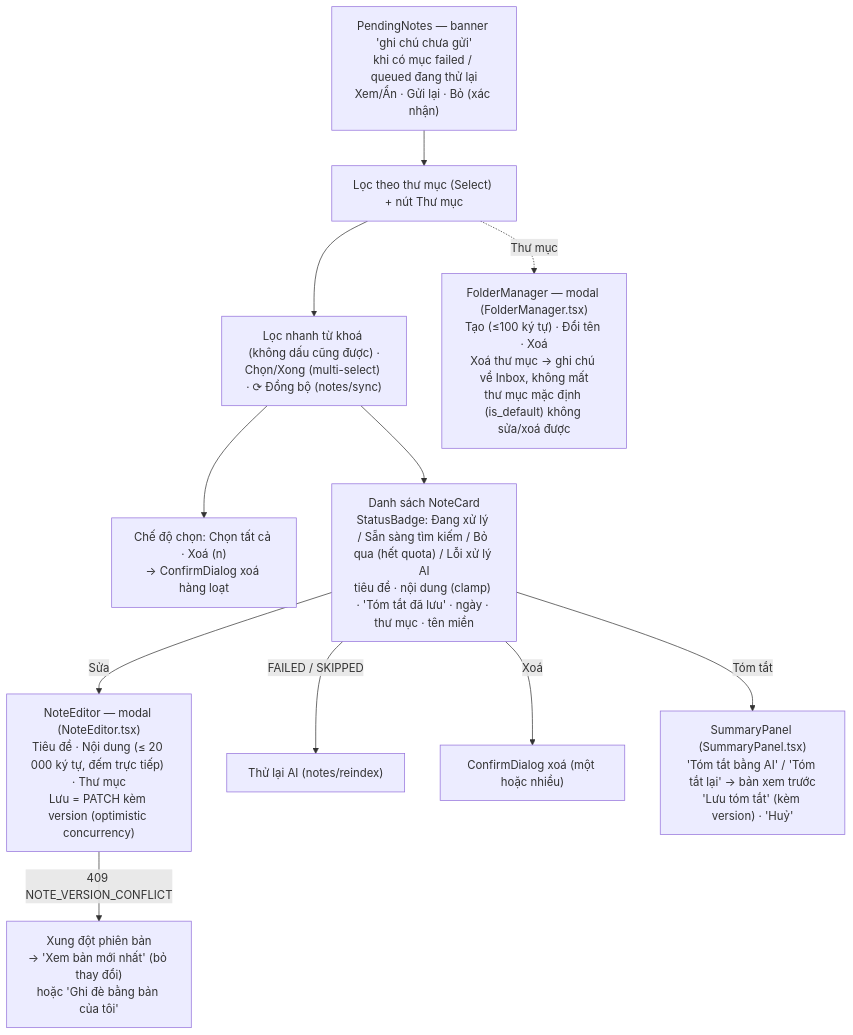
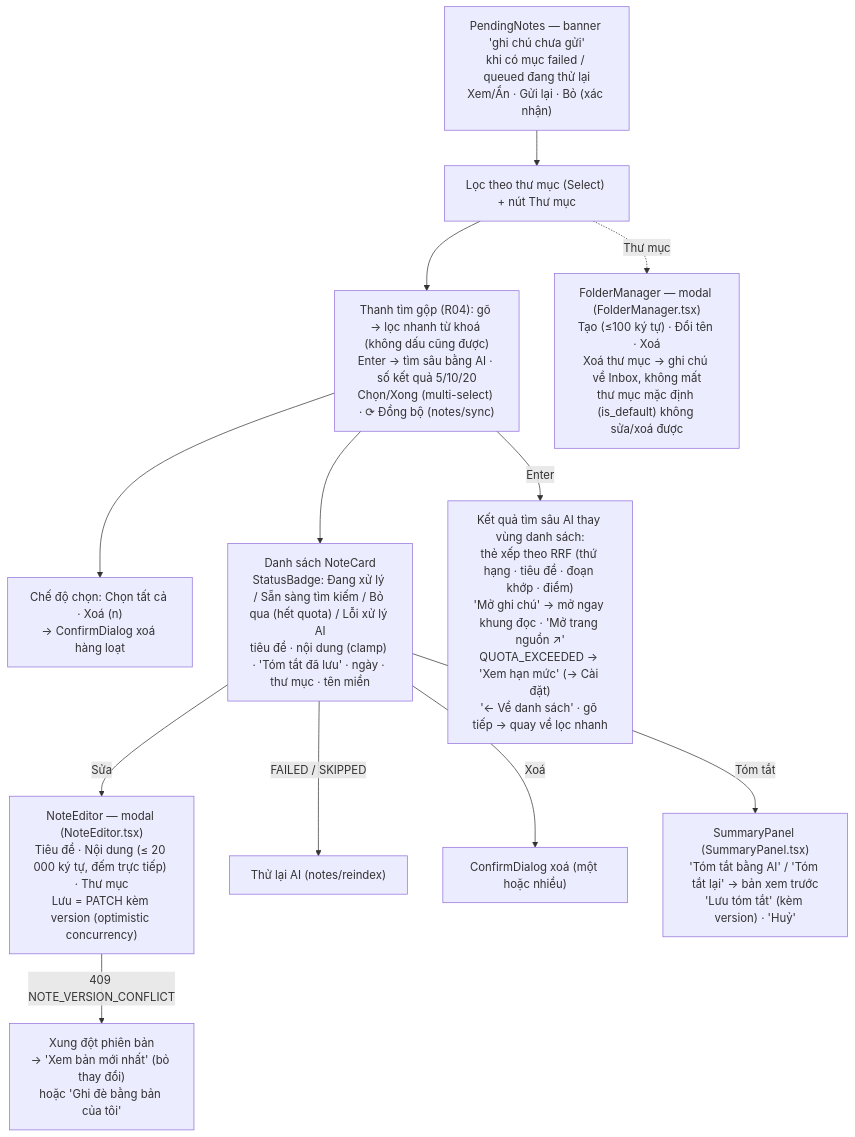
One commit to watashiwalds/quick-assist-ext changed the third of 9 diagrams in docs/ux/ui-map.md. Above: the diagram before and after it, drawn with Mermaid. The commit also changed other lines of this file and 13 other files, not shown here.

````diff
--- a/docs/ux/ui-map.md
+++ b/docs/ux/ui-map.md
@@ -53,18 +53,19 @@
 ```mermaid
 flowchart TB
     PN["PendingNotes — banner 'ghi chú chưa gửi'<br/>khi có mục failed / queued đang thử lại<br/>Xem/Ẩn · Gửi lại · Bỏ (xác nhận)"] --> F1
-    F1["Lọc theo thư mục (Select) + nút Thư mục"] --> F2["Lọc nhanh từ khoá (không dấu cũng được) ·<br/>Chọn/Xong (multi-select) · ⟳ Đồng bộ (notes/sync)"]
+    F1["Lọc theo thư mục (Select) + nút Thư mục"] --> F2["Thanh tìm gộp (R04): gõ → lọc nhanh từ khoá (không dấu cũng được)<br/>Enter → tìm sâu bằng AI · số kết quả 5/10/20<br/>Chọn/Xong (multi-select) · ⟳ Đồng bộ (notes/sync)"]
     F2 --> MULTI["Chế độ chọn: Chọn tất cả · Xoá (n)<br/>→ ConfirmDialog xoá hàng loạt"]
     F2 --> CARDS
+    F2 -->|Enter| AIHITS["Kết quả tìm sâu AI thay vùng danh sách:<br/>thẻ xếp theo RRF (thứ hạng · tiêu đề · đoạn khớp · điểm)<br/>'Mở ghi chú' → mở ngay khung đọc · 'Mở trang nguồn ↗'<br/>QUOTA_EXCEEDED → 'Xem hạn mức' (→ Cài đặt)<br/>'← Về danh sách' · gõ tiếp → quay về lọc nhanh"]
 
     CARDS["Danh sách NoteCard<br/>StatusBadge: Đang xử lý / Sẵn sàng tìm kiếm / Bỏ qua (hết quota) / Lỗi xử lý AI<br/>tiêu đề · nội dung (clamp) · 'Tóm tắt đã lưu' · ngày · thư mục · tên miền"]
 
     CARDS -->|Sửa| NOTES_EDIT["NoteEditor — modal (NoteEditor.tsx)<br/>Tiêu đề · Nội dung (≤ 20 000 ký tự, đếm trực tiếp) · Thư mục<br/>Lưu = PATCH kèm version (optimistic concurrency)"]
     NOTES_EDIT -->|409 NOTE_VERSION_CONFLICT| CONFLICT["Xung đột phiên bản<br/>→ 'Xem bản mới nhất' (bỏ thay đổi)<br/>hoặc 'Ghi đè bằng bản của tôi'"]
 
     CARDS -->|FAILED / SKIPPED| REINDEX["Thử lại AI (notes/reindex)"]
     CARDS -->|Xoá| DEL["ConfirmDialog xoá (một hoặc nhiều)"]
     CARDS -->|Tóm tắt| SUMPANEL["SummaryPanel (SummaryPanel.tsx)<br/>'Tóm tắt bằng AI' / 'Tóm tắt lại' → bản xem trước<br/>'Lưu tóm tắt' (kèm version) · 'Huỷ'"]
 
     F1 -.->|Thư mục| FM["FolderManager — modal (FolderManager.tsx)<br/>Tạo (≤100 ký tự) · Đổi tên · Xoá<br/>Xoá thư mục → ghi chú về Inbox, không mất<br/>thư mục mặc định (is_default) không sửa/xoá được"]
 ```
````
